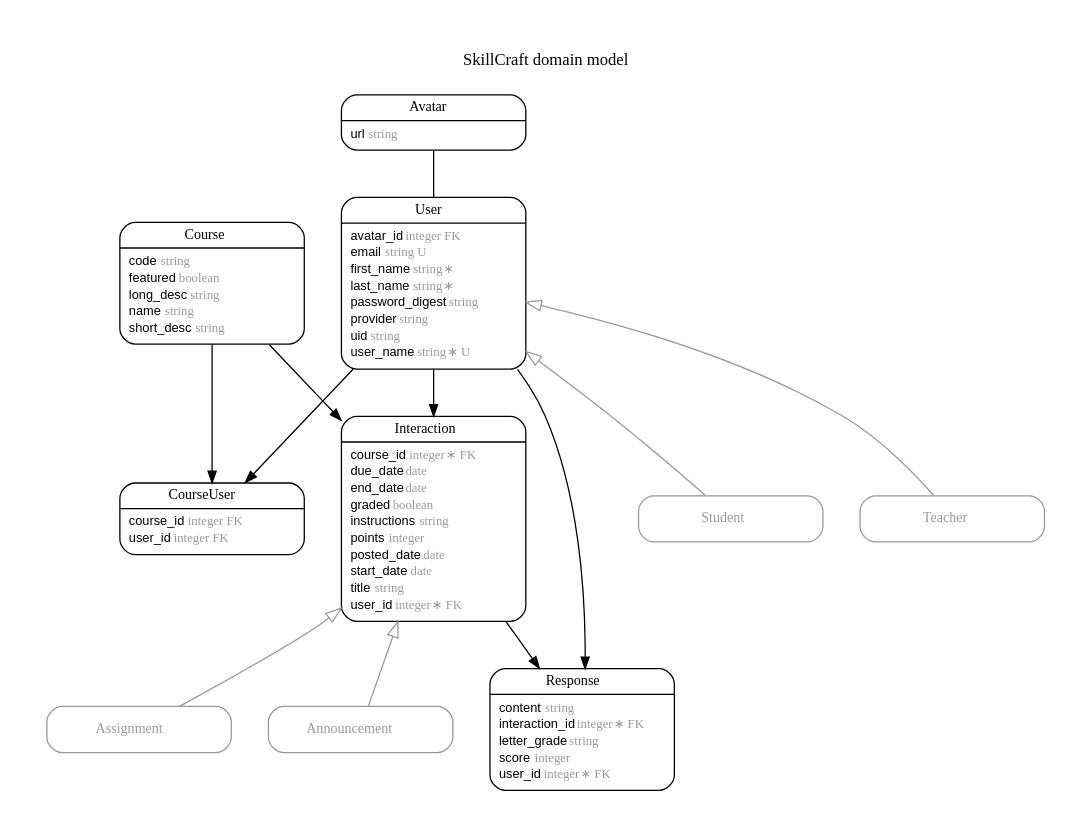
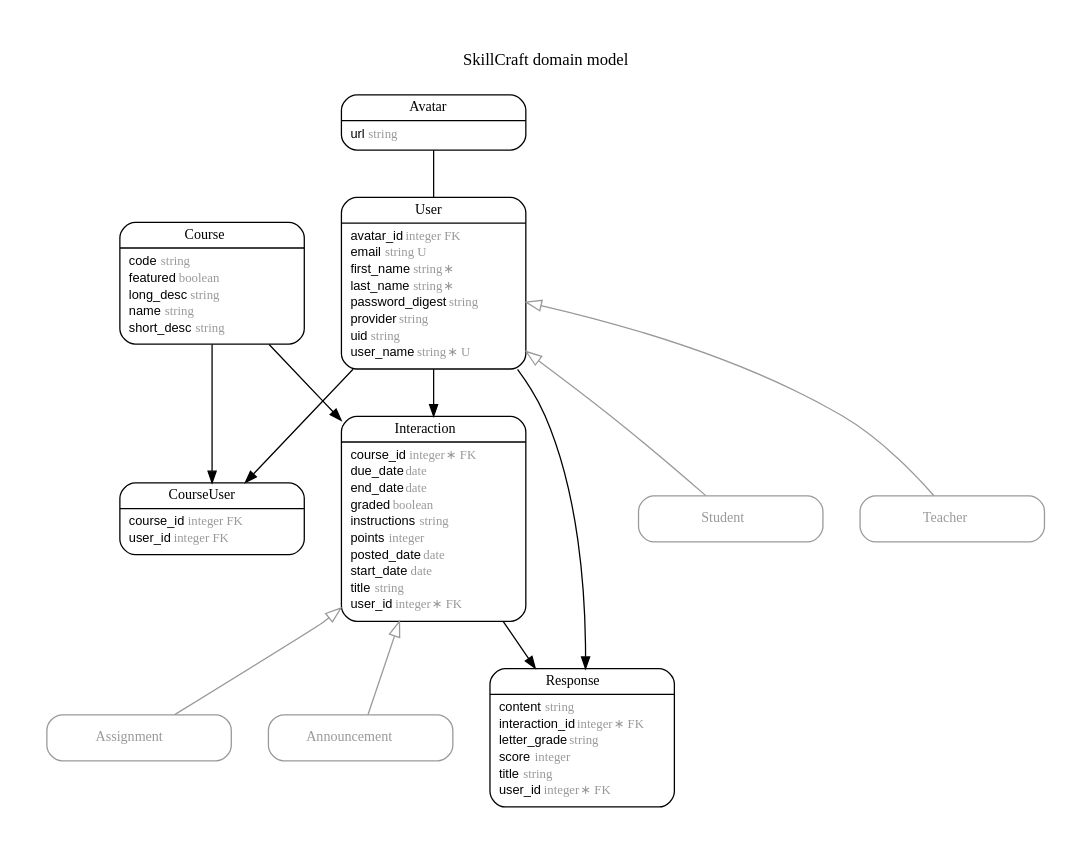
The diagram in erd.dot (FergusDevelopmentLLC/skillcraft), drawn with Graphviz before and after one commit. The commit also changed 9 other files, not shown here.

```diff
--- a/erd.dot
+++ b/erd.dot
@@ -1,116 +1,117 @@
 digraph SkillCraft {
 rankdir = "LR";
 ranksep = "0.5";
 nodesep = "0.4";
 pad = "0.4,0.4";
 margin = "0,0";
 concentrate = "true";
 labelloc = "t";
 fontsize = "13";
 fontname = "Arial Bold";
 splines = "spline";
 node[ shape  =  "Mrecord" , fontsize  =  "10" , fontname  =  "Arial" , margin  =  "0.07,0.05" , penwidth  =  "1.0"];
 edge[ fontname  =  "Arial" , fontsize  =  "7" , dir  =  "both" , arrowsize  =  "0.9" , penwidth  =  "1.0" , labelangle  =  "32" , labeldistance  =  "1.8"];
 rankdir = "TB";
 label = "SkillCraft domain model\n\n";
 m_Announcement [color = "grey60", fontcolor = "grey60", label = <{<table border="0" align="center" cellspacing="0.5" cellpadding="0" width="134">
   <tr><td align="center" valign="bottom" width="130"><font face="Arial Bold" point-size="11">Announcement</font></td></tr>
 </table>
 }>];
 m_Assignment [color = "grey60", fontcolor = "grey60", label = <{<table border="0" align="center" cellspacing="0.5" cellpadding="0" width="134">
   <tr><td align="center" valign="bottom" width="130"><font face="Arial Bold" point-size="11">Assignment</font></td></tr>
 </table>
 }>];
 m_Avatar [label = <{<table border="0" align="center" cellspacing="0.5" cellpadding="0" width="134">
   <tr><td align="center" valign="bottom" width="130"><font face="Arial Bold" point-size="11">Avatar</font></td></tr>
 </table>
 |
 <table border="0" align="left" cellspacing="2" cellpadding="0" width="134">
   <tr><td align="left" width="130" port="url">url <font face="Arial Italic" color="grey60">string</font></td></tr>
 </table>
 }>];
 m_Course [label = <{<table border="0" align="center" cellspacing="0.5" cellpadding="0" width="134">
   <tr><td align="center" valign="bottom" width="130"><font face="Arial Bold" point-size="11">Course</font></td></tr>
 </table>
 |
 <table border="0" align="left" cellspacing="2" cellpadding="0" width="134">
   <tr><td align="left" width="130" port="code">code <font face="Arial Italic" color="grey60">string</font></td></tr>
   <tr><td align="left" width="130" port="featured">featured <font face="Arial Italic" color="grey60">boolean</font></td></tr>
   <tr><td align="left" width="130" port="long_desc">long_desc <font face="Arial Italic" color="grey60">string</font></td></tr>
   <tr><td align="left" width="130" port="name">name <font face="Arial Italic" color="grey60">string</font></td></tr>
   <tr><td align="left" width="130" port="short_desc">short_desc <font face="Arial Italic" color="grey60">string</font></td></tr>
 </table>
 }>];
 m_CourseUser [label = <{<table border="0" align="center" cellspacing="0.5" cellpadding="0" width="134">
   <tr><td align="center" valign="bottom" width="130"><font face="Arial Bold" point-size="11">CourseUser</font></td></tr>
 </table>
 |
 <table border="0" align="left" cellspacing="2" cellpadding="0" width="134">
   <tr><td align="left" width="130" port="course_id">course_id <font face="Arial Italic" color="grey60">integer FK</font></td></tr>
   <tr><td align="left" width="130" port="user_id">user_id <font face="Arial Italic" color="grey60">integer FK</font></td></tr>
 </table>
 }>];
 m_Interaction [label = <{<table border="0" align="center" cellspacing="0.5" cellpadding="0" width="134">
   <tr><td align="center" valign="bottom" width="130"><font face="Arial Bold" point-size="11">Interaction</font></td></tr>
 </table>
 |
 <table border="0" align="left" cellspacing="2" cellpadding="0" width="134">
   <tr><td align="left" width="130" port="course_id">course_id <font face="Arial Italic" color="grey60">integer ∗ FK</font></td></tr>
   <tr><td align="left" width="130" port="due_date">due_date <font face="Arial Italic" color="grey60">date</font></td></tr>
   <tr><td align="left" width="130" port="end_date">end_date <font face="Arial Italic" color="grey60">date</font></td></tr>
   <tr><td align="left" width="130" port="graded">graded <font face="Arial Italic" color="grey60">boolean</font></td></tr>
   <tr><td align="left" width="130" port="instructions">instructions <font face="Arial Italic" color="grey60">string</font></td></tr>
   <tr><td align="left" width="130" port="points">points <font face="Arial Italic" color="grey60">integer</font></td></tr>
   <tr><td align="left" width="130" port="posted_date">posted_date <font face="Arial Italic" color="grey60">date</font></td></tr>
   <tr><td align="left" width="130" port="start_date">start_date <font face="Arial Italic" color="grey60">date</font></td></tr>
   <tr><td align="left" width="130" port="title">title <font face="Arial Italic" color="grey60">string</font></td></tr>
   <tr><td align="left" width="130" port="user_id">user_id <font face="Arial Italic" color="grey60">integer ∗ FK</font></td></tr>
 </table>
 }>];
 m_Response [label = <{<table border="0" align="center" cellspacing="0.5" cellpadding="0" width="134">
   <tr><td align="center" valign="bottom" width="130"><font face="Arial Bold" point-size="11">Response</font></td></tr>
 </table>
 |
 <table border="0" align="left" cellspacing="2" cellpadding="0" width="134">
   <tr><td align="left" width="130" port="content">content <font face="Arial Italic" color="grey60">string</font></td></tr>
   <tr><td align="left" width="130" port="interaction_id">interaction_id <font face="Arial Italic" color="grey60">integer ∗ FK</font></td></tr>
   <tr><td align="left" width="130" port="letter_grade">letter_grade <font face="Arial Italic" color="grey60">string</font></td></tr>
   <tr><td align="left" width="130" port="score">score <font face="Arial Italic" color="grey60">integer</font></td></tr>
+  <tr><td align="left" width="130" port="title">title <font face="Arial Italic" color="grey60">string</font></td></tr>
   <tr><td align="left" width="130" port="user_id">user_id <font face="Arial Italic" color="grey60">integer ∗ FK</font></td></tr>
 </table>
 }>];
 m_Student [color = "grey60", fontcolor = "grey60", label = <{<table border="0" align="center" cellspacing="0.5" cellpadding="0" width="134">
   <tr><td align="center" valign="bottom" width="130"><font face="Arial Bold" point-size="11">Student</font></td></tr>
 </table>
 }>];
 m_Teacher [color = "grey60", fontcolor = "grey60", label = <{<table border="0" align="center" cellspacing="0.5" cellpadding="0" width="134">
   <tr><td align="center" valign="bottom" width="130"><font face="Arial Bold" point-size="11">Teacher</font></td></tr>
 </table>
 }>];
 m_User [label = <{<table border="0" align="center" cellspacing="0.5" cellpadding="0" width="134">
   <tr><td align="center" valign="bottom" width="130"><font face="Arial Bold" point-size="11">User</font></td></tr>
 </table>
 |
 <table border="0" align="left" cellspacing="2" cellpadding="0" width="134">
   <tr><td align="left" width="130" port="avatar_id">avatar_id <font face="Arial Italic" color="grey60">integer FK</font></td></tr>
   <tr><td align="left" width="130" port="email">email <font face="Arial Italic" color="grey60">string U</font></td></tr>
   <tr><td align="left" width="130" port="first_name">first_name <font face="Arial Italic" color="grey60">string ∗</font></td></tr>
   <tr><td align="left" width="130" port="last_name">last_name <font face="Arial Italic" color="grey60">string ∗</font></td></tr>
   <tr><td align="left" width="130" port="password_digest">password_digest <font face="Arial Italic" color="grey60">string</font></td></tr>
   <tr><td align="left" width="130" port="provider">provider <font face="Arial Italic" color="grey60">string</font></td></tr>
   <tr><td align="left" width="130" port="uid">uid <font face="Arial Italic" color="grey60">string</font></td></tr>
   <tr><td align="left" width="130" port="user_name">user_name <font face="Arial Italic" color="grey60">string ∗ U</font></td></tr>
 </table>
 }>];
   m_Interaction -> m_Announcement [color = "grey60", arrowtail = "onormal", arrowhead = "none", arrowsize = "1.2"];
   m_Interaction -> m_Assignment [color = "grey60", arrowtail = "onormal", arrowhead = "none", arrowsize = "1.2"];
   m_User -> m_Student [color = "grey60", arrowtail = "onormal", arrowhead = "none", arrowsize = "1.2"];
   m_User -> m_Teacher [color = "grey60", arrowtail = "onormal", arrowhead = "none", arrowsize = "1.2"];
   m_User -> m_Response [arrowhead = "normal", arrowtail = "none", weight = "4"];
   m_User -> m_Interaction [arrowhead = "normal", arrowtail = "none", weight = "6"];
   m_User -> m_CourseUser [arrowhead = "normal", arrowtail = "none", weight = "4"];
   m_Avatar -> m_User [arrowhead = "none", arrowtail = "none", weight = "4"];
   m_Course -> m_Interaction [arrowhead = "normal", arrowtail = "none", weight = "4"];
   m_Interaction -> m_Response [arrowhead = "normal", arrowtail = "none", weight = "4"];
   m_Course -> m_CourseUser [arrowhead = "normal", arrowtail = "none", weight = "2"];
 }
```
